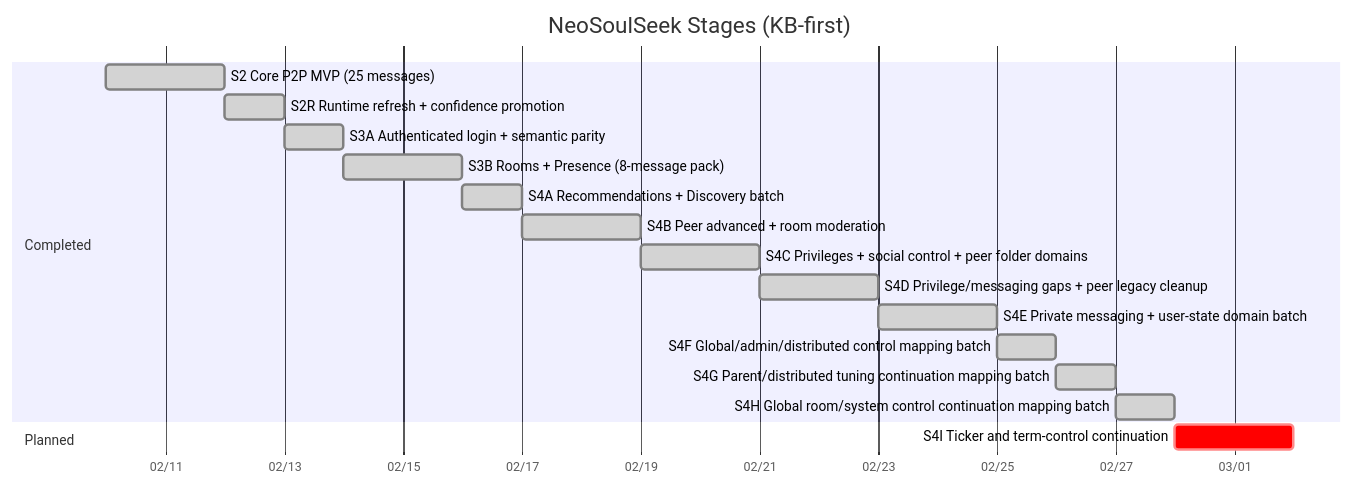
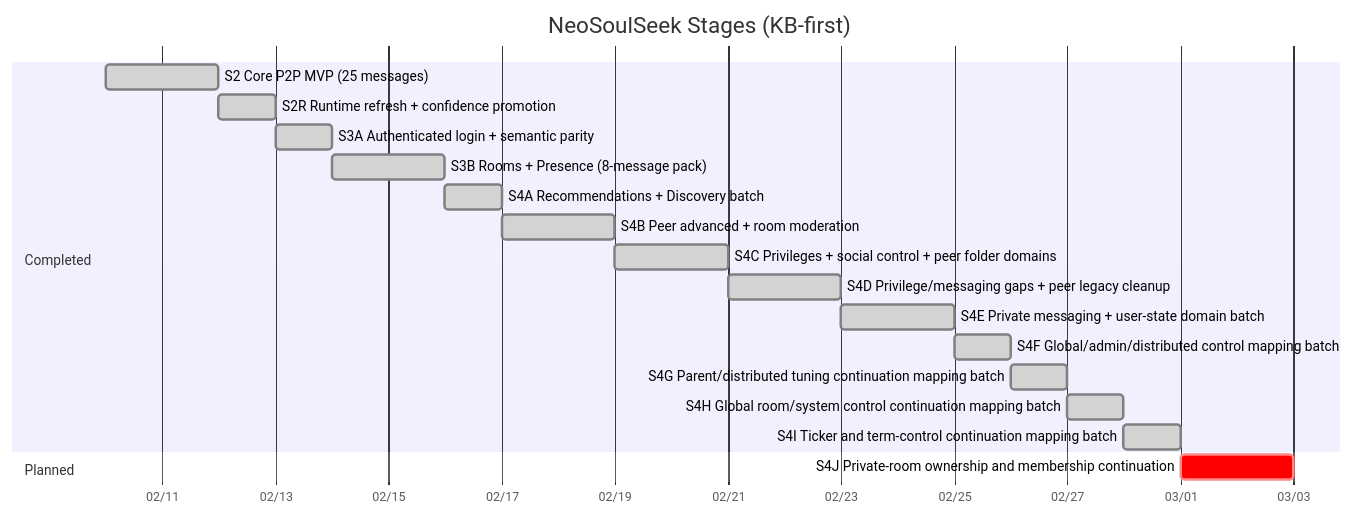
Before and after one commit to fedejinich/nss: the first of 5 diagrams in docs/state/roadmap.md, drawn with Mermaid. The commit also changed other lines of this file and 12 other files, not shown here.

Commit message:
stage(s4i): map ticker and term control messages

````diff
--- a/docs/state/roadmap.md
+++ b/docs/state/roadmap.md
@@ -9,21 +9,22 @@
 ```mermaid
 gantt
     title NeoSoulSeek Stages (KB-first)
     dateFormat  YYYY-MM-DD
     axisFormat  %m/%d
     section Completed
     S2 Core P2P MVP (25 messages) :done, s2, 2026-02-10, 2d
     S2R Runtime refresh + confidence promotion :done, s2r, after s2, 1d
     S3A Authenticated login + semantic parity :done, s3a, after s2r, 1d
     S3B Rooms + Presence (8-message pack) :done, s3b, 2026-02-14, 2d
     S4A Recommendations + Discovery batch :done, s4a, after s3b, 1d
     S4B Peer advanced + room moderation :done, s4b, after s4a, 2d
     S4C Privileges + social control + peer folder domains :done, s4c, after s4b, 2d
     S4D Privilege/messaging gaps + peer legacy cleanup :done, s4d, after s4c, 2d
     S4E Private messaging + user-state domain batch :done, s4e, after s4d, 2d
     S4F Global/admin/distributed control mapping batch :done, s4f, after s4e, 1d
     S4G Parent/distributed tuning continuation mapping batch :done, s4g, after s4f, 1d
     S4H Global room/system control continuation mapping batch :done, s4h, after s4g, 1d
+    S4I Ticker and term-control continuation mapping batch :done, s4i, after s4h, 1d
     section Planned
-    S4I Ticker and term-control continuation :crit, s4i, after s4h, 2d
+    S4J Private-room ownership and membership continuation :crit, s4j, after s4i, 2d
 ```
````
